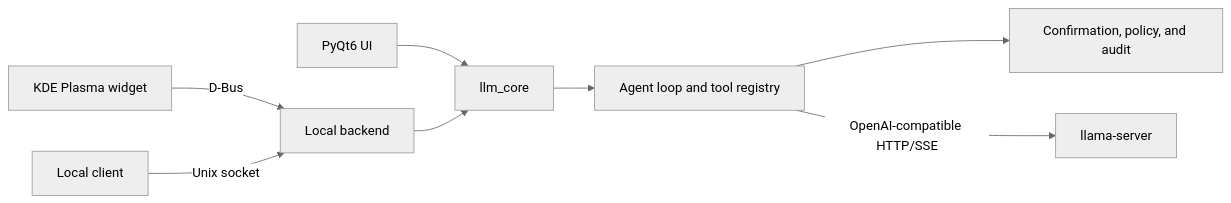
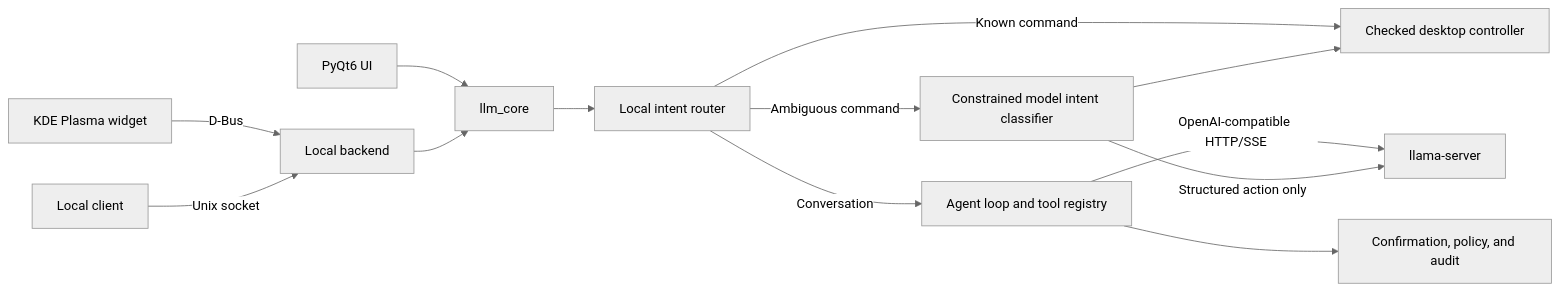
Before and after one commit to silaslv/llm-assistant: the diagram in README.md, drawn with Mermaid (neutral theme). The commit also changed other lines of this file and 13 other files, not shown here.

Commit message:
feat: enhance local desktop assistant

````diff
--- a/README.md
+++ b/README.md
@@ -30,10 +34,15 @@
 ```mermaid
 flowchart LR
     Q[PyQt6 UI] --> C[llm_core]
     P[KDE Plasma widget] -->|D-Bus| B[Local backend]
     U[Local client] -->|Unix socket| B
     B --> C
-    C --> A[Agent loop and tool registry]
+    C --> R[Local intent router]
+    R -->|Known command| D[Checked desktop controller]
+    R -->|Ambiguous command| I[Constrained model intent classifier]
+    R -->|Conversation| A[Agent loop and tool registry]
+    I --> D
     A --> S[Confirmation, policy, and audit]
     A -->|OpenAI-compatible HTTP/SSE| L[llama-server]
+    I -->|Structured action only| L
 ```
````
